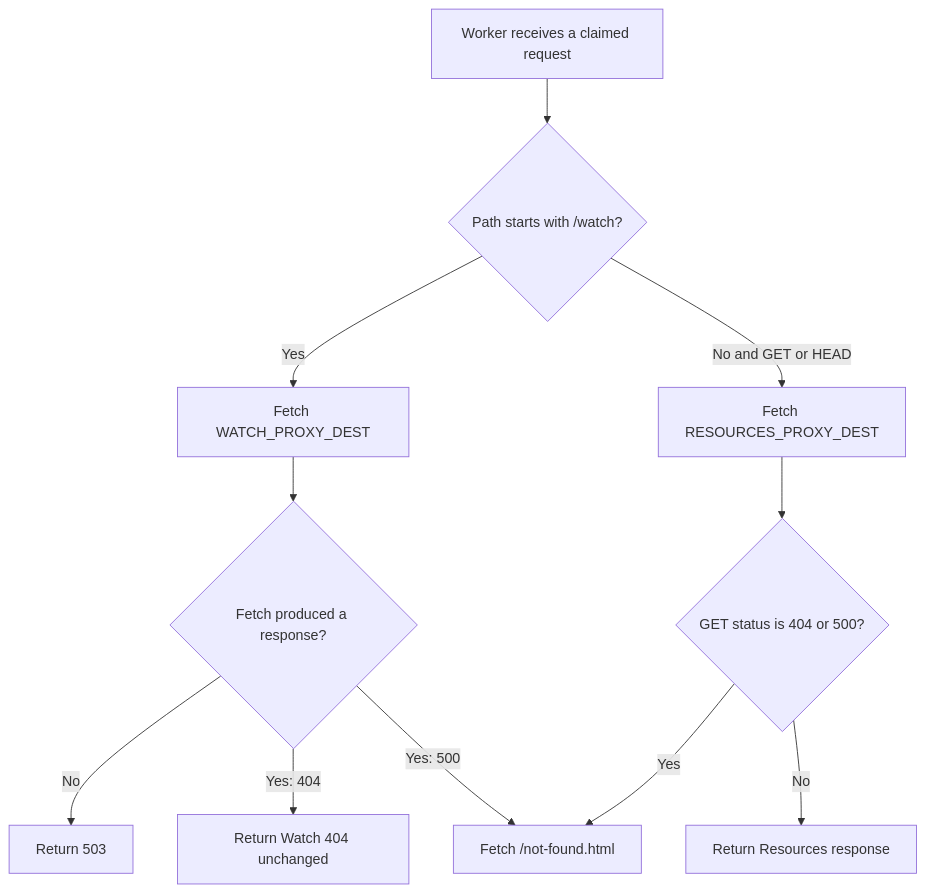
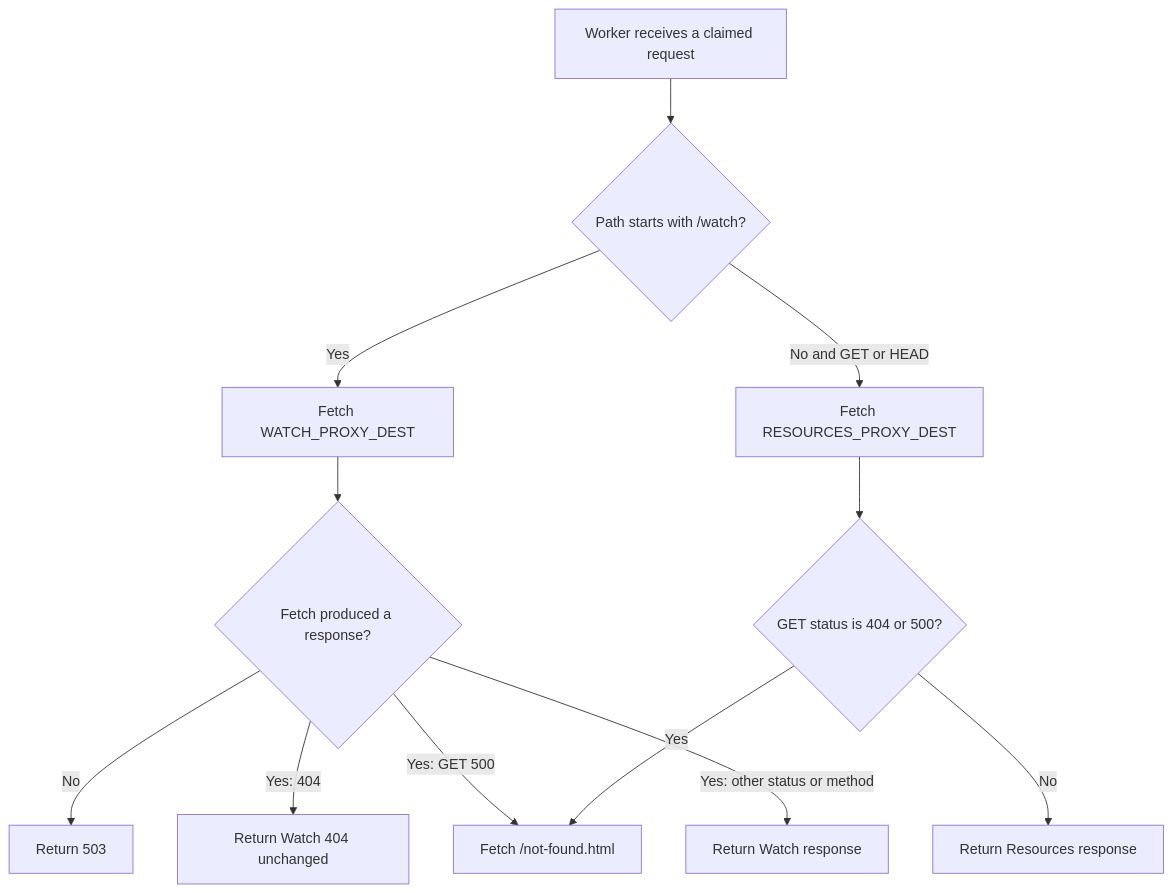
Before and after one commit to JesusFilm/core: the diagram in docs/plans/2026-07-25-001-fix-jf-proxy-watch-error-passthrough-plan.md, drawn with Mermaid. The commit also changed 1 other file, not shown here.

Commit message:
fix(review): address CodeRabbit feedback

````diff
--- a/docs/plans/2026-07-25-001-fix-jf-proxy-watch-error-passthrough-plan.md
+++ b/docs/plans/2026-07-25-001-fix-jf-proxy-watch-error-passthrough-plan.md
@@ -106,13 +106,14 @@
 ```mermaid
 flowchart TD
   A["Worker receives a claimed request"] --> B{"Path starts with /watch?"}
   B -->|"Yes"| C["Fetch WATCH_PROXY_DEST"]
   B -->|"No and GET or HEAD"| D["Fetch RESOURCES_PROXY_DEST"]
   C --> E{"Fetch produced a response?"}
   E -->|"No"| F["Return 503"]
   E -->|"Yes: 404"| G["Return Watch 404 unchanged"]
-  E -->|"Yes: 500"| I
+  E -->|"Yes: GET 500"| I
+  E -->|"Yes: other status or method"| K["Return Watch response"]
   D --> H{"GET status is 404 or 500?"}
   H -->|"Yes"| I["Fetch /not-found.html"]
   H -->|"No"| J["Return Resources response"]
 ```
````
